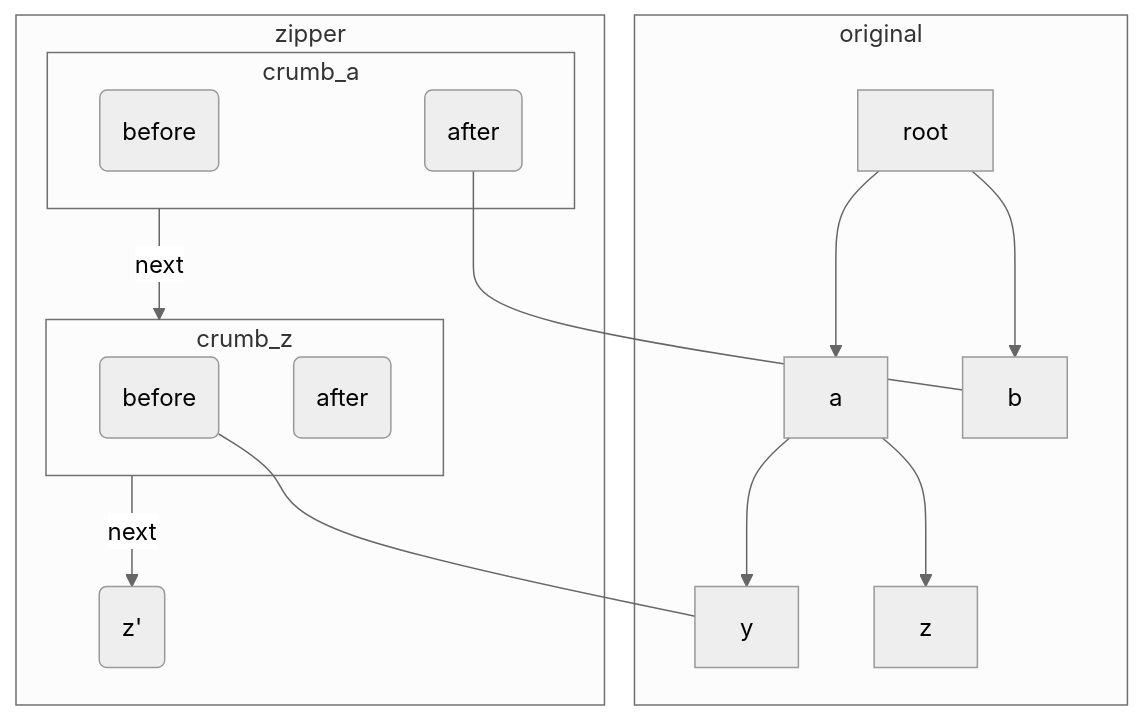
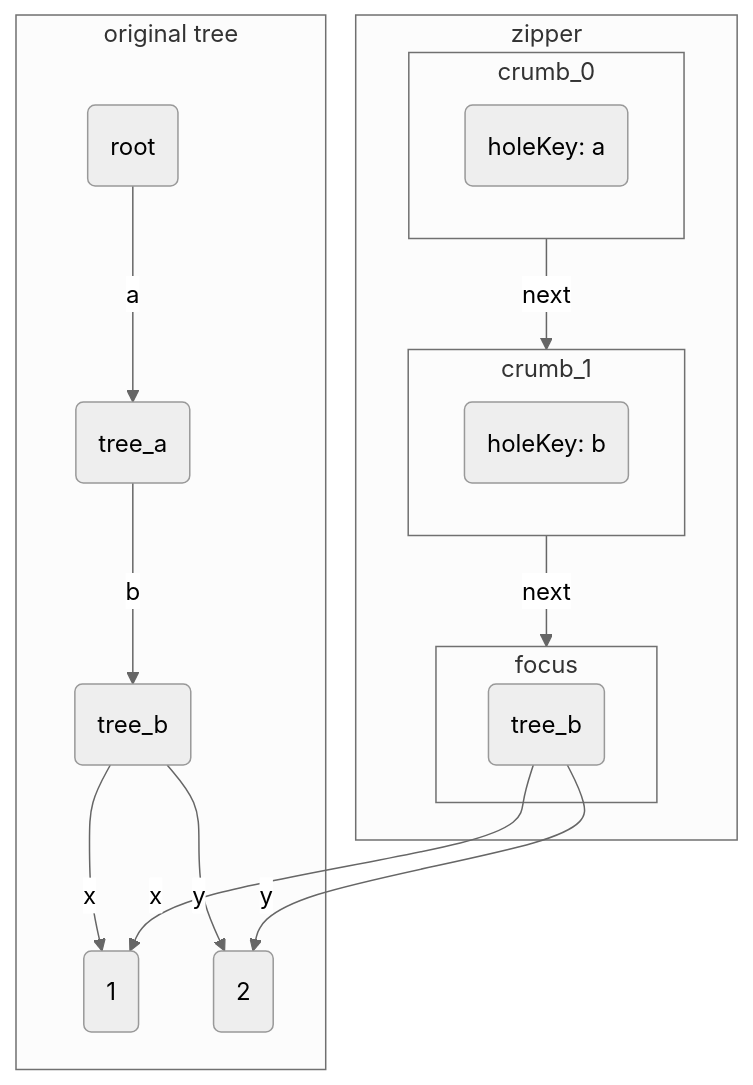
Before and after one commit to jzhonx/jzhonx.github.io: the fourth of 6 diagrams in _posts/2026-03-17-zippers.markdown, drawn with Mermaid (neutral theme). The commit also changed other lines of this file, not shown here.

````diff
--- a/_posts/2026-03-17-zippers.markdown
+++ b/_posts/2026-03-17-zippers.markdown
@@ -211,27 +259,29 @@
 ```mermaid
 flowchart TD
 
-subgraph original
-	root --> a
-	root --> b
-	a --> y
-	a --> z
+subgraph original tree
+  root1("root") -->|a| a
+  a("tree_a") -->|b| b("tree_b")
+  b --> |x| x("1")
+  b --> |y| y("2")
 end
 
 subgraph zipper
-	subgraph crumb_a
-		crumb_a_before("before")
-		crumb_a_after("after")
-		crumb_a_after --- b
+  subgraph crumb_0
+    crumb_0_key("holeKey: a")
+	end
+
+	subgraph crumb_1
+    crumb_1_key("holeKey: b")
 	end
 	
-	subgraph crumb_z
-		crumb_y_before("before") --- y
-		crumb_y_after("after")
-	end
-	
-	crumb_a -->|next| crumb_z
-	crumb_z -->|next| top
-	top("z'")
+  subgraph focus
+    focus_node("tree_b")
+    focus_node -->|x| x
+    focus_node -->|y| y
+  end
+
+  crumb_0 -->|next| crumb_1
+  crumb_1 -->|next| focus
 end
 ```
````
